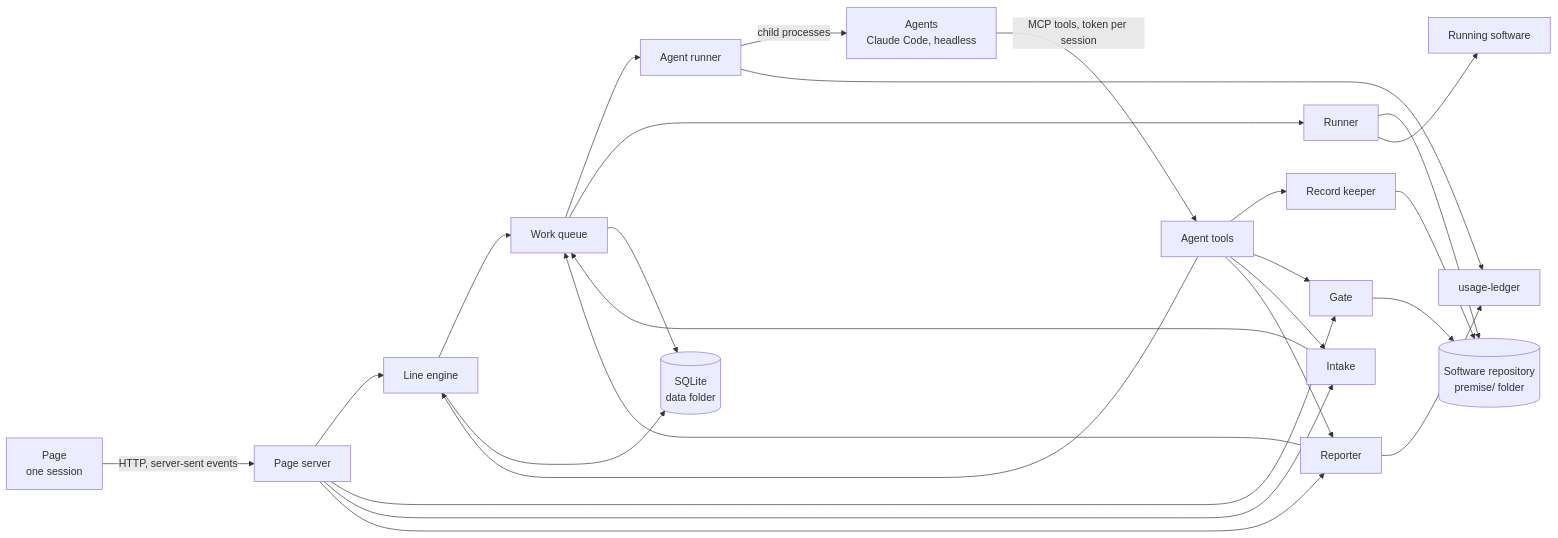
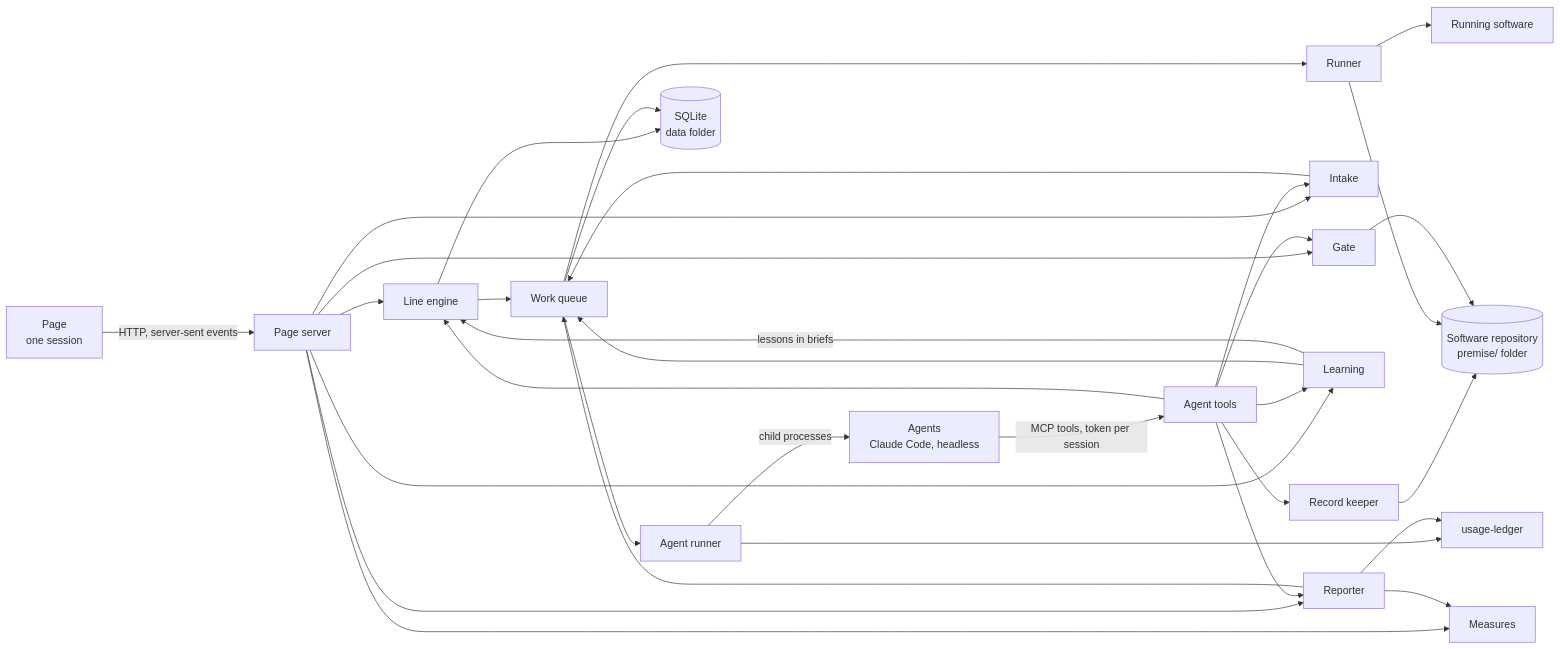
One commit to omkarbhale/premise changed the diagram in docs/specs/README.md. Above: the diagram before and after it, drawn with Mermaid. The commit also changed other lines of this file and 52 other files, not shown here.

````diff
--- a/docs/specs/README.md
+++ b/docs/specs/README.md
@@ -41,28 +43,34 @@
 ```mermaid
 flowchart LR
     P[Page<br/>one session] -->|HTTP, server-sent events| PS[Page server]
     PS --> LE[Line engine]
     PS --> GA[Gate]
     PS --> IN[Intake]
     PS --> RP[Reporter]
+    PS --> ME[Measures]
+    PS --> LN[Learning]
+    RP --> ME
+    LN --> WQ
+    LN -->|lessons in briefs| LE
     LE --> WQ[Work queue]
     IN --> WQ
     RP --> WQ
     WQ --> AR[Agent runner]
     WQ --> RU[Runner]
     AR -->|child processes| AG[Agents<br/>Claude Code, headless]
     AG -->|MCP tools, token per session| AT[Agent tools]
     AT --> RK[Record keeper]
     AT --> LE
     AT --> GA
     AT --> IN
     AT --> RP
+    AT --> LN
     RK --> GH[(Software repository<br/>premise/ folder)]
     RU --> GH
     RU --> SW[Running software]
     GA --> GH
     AR --> UL[usage-ledger]
     RP --> UL
     LE --> DB[(SQLite<br/>data folder)]
     WQ --> DB
 ```
````
